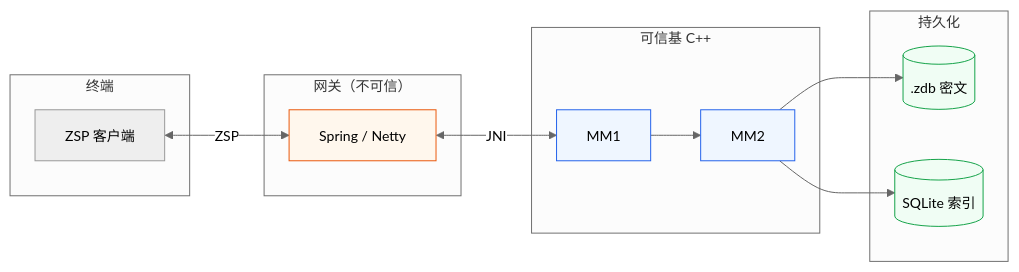
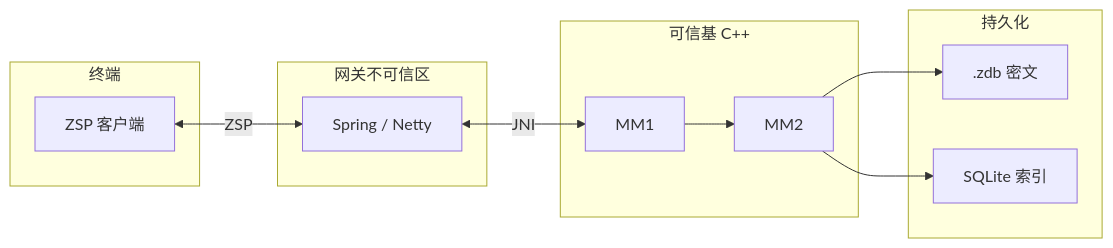
Before and after one commit to AboutUip/ZeroTrustChat: the diagram in README.md, drawn with Mermaid.

Commit message:
再次优化

````diff
--- a/README.md
+++ b/README.md
@@ -31,30 +33,22 @@
 ```mermaid
-%%{init: {'theme': 'neutral', 'themeVariables': { 'fontSize': '14px'}}}%%
 flowchart LR
-    subgraph edge[" 终端 "]
+    subgraph edge["终端"]
         C1["ZSP 客户端"]
     end
-    subgraph gw[" 网关（不可信） "]
+    subgraph gw["网关不可信区"]
         S["Spring / Netty"]
     end
-    subgraph tcb[" 可信基 C++ "]
+    subgraph tcb["可信基 C++"]
         M1["MM1"]
         M2["MM2"]
     end
-    subgraph store[" 持久化 "]
-        Z[(".zdb 密文")]
-        Q[("SQLite 索引")]
+    subgraph persist["持久化"]
+        Z[".zdb 密文"]
+        Q["SQLite 索引"]
     end
     C1 <-->|ZSP| S
     S <-->|JNI| M1
     M1 --> M2
     M2 --> Z
     M2 --> Q
-
-    classDef gwStyle fill:#fff7ed,stroke:#ea580c,stroke-width:1px
-    classDef tcbStyle fill:#eff6ff,stroke:#2563eb,stroke-width:1px
-    classDef storeStyle fill:#f0fdf4,stroke:#16a34a,stroke-width:1px
-    class S gwStyle
-    class M1,M2 tcbStyle
-    class Z,Q storeStyle
 ```
````
